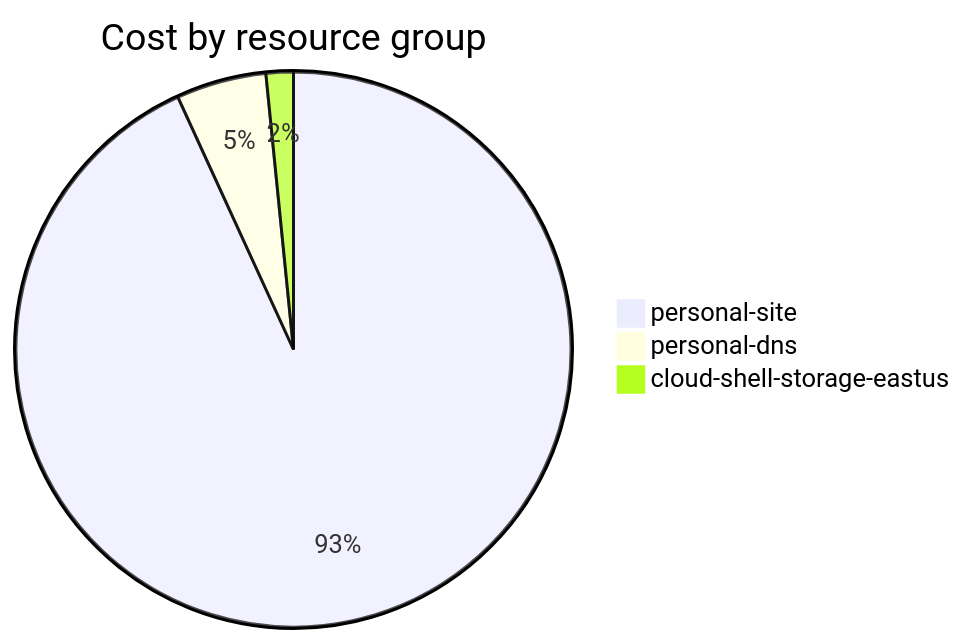
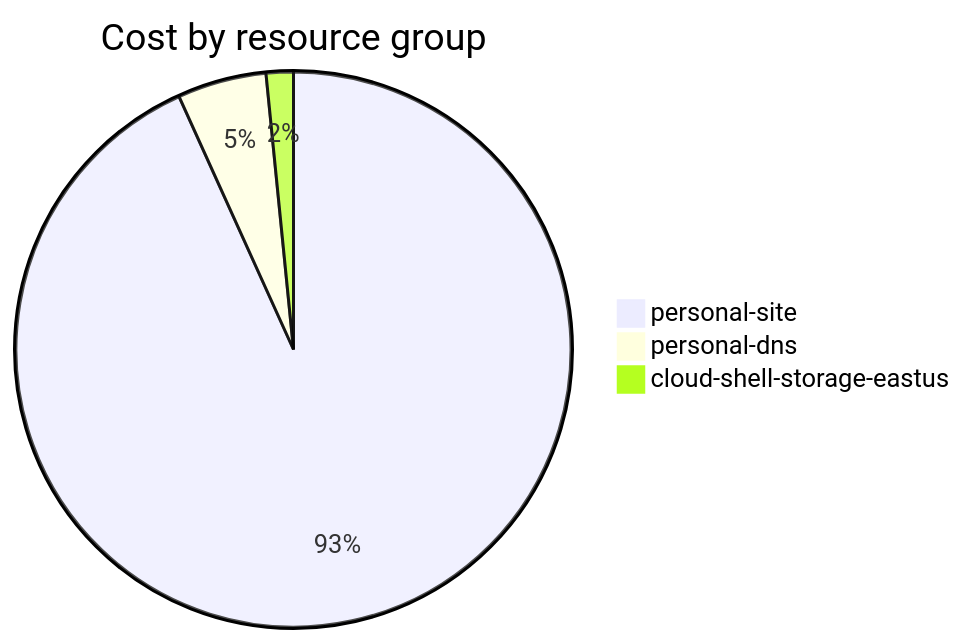
Before and after one commit to jpfulton/azure-personal-reports: the fourth of 4 diagrams in cost-reports/accumulated-cost.md, drawn with Mermaid. The commit also changed other lines of this file and 4 other files, not shown here.

````diff
--- a/cost-reports/accumulated-cost.md
+++ b/cost-reports/accumulated-cost.md
@@ -143,7 +143,7 @@
 ```mermaid
 pie
    title Cost by resource group
-   "personal-site" : 5.86
-   "personal-dns" : 0.33
-   "cloud-shell-storage-eastus" : 0.10
+   "personal-site" : 6.48
+   "personal-dns" : 0.36
+   "cloud-shell-storage-eastus" : 0.11
 ```
````
